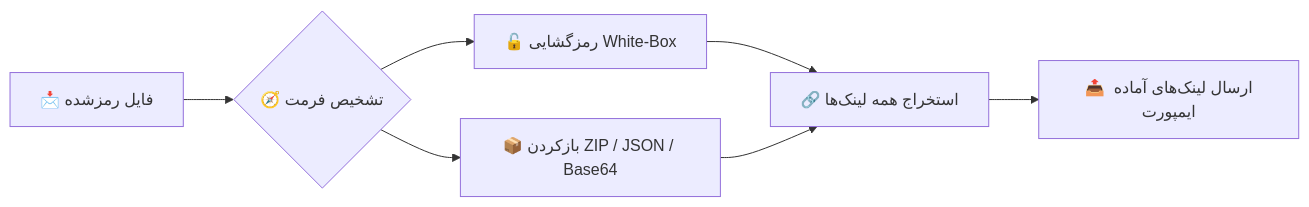
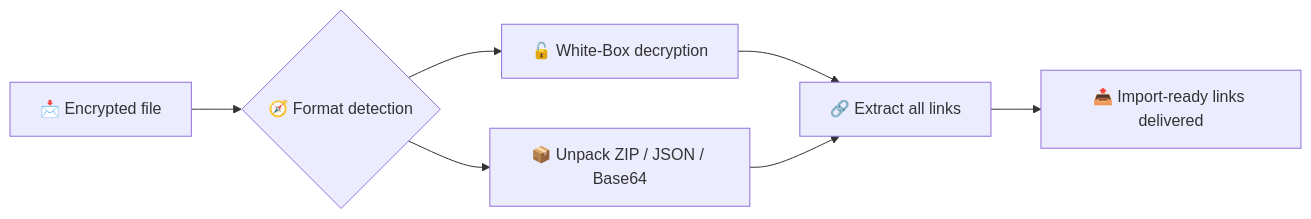
One commit to arash7898666/bot changed the diagram in README.md. Above: the diagram before and after it, drawn with Mermaid. The commit also changed other lines of this file and 1 other file, not shown here.

````diff
--- a/README.md
+++ b/README.md
@@ -41,9 +45,9 @@
 ```mermaid
 flowchart LR
-    A[📩 فایل رمزشده] --> B{🧭 تشخیص فرمت}
-    B --> C[🔓 رمزگشایی White-Box]
-    B --> D[📦 بازکردن ZIP / JSON / Base64]
-    C --> E[🔗 استخراج همه لینک‌ها]
+    A[📩 Encrypted file] --> B{🧭 Format detection}
+    B --> C[🔓 White-Box decryption]
+    B --> D[📦 Unpack ZIP / JSON / Base64]
+    C --> E[🔗 Extract all links]
     D --> E
-    E --> F[📤 ارسال لینک‌های آماده ایمپورت]
+    E --> F[📤 Import-ready links delivered]
 ```
````
